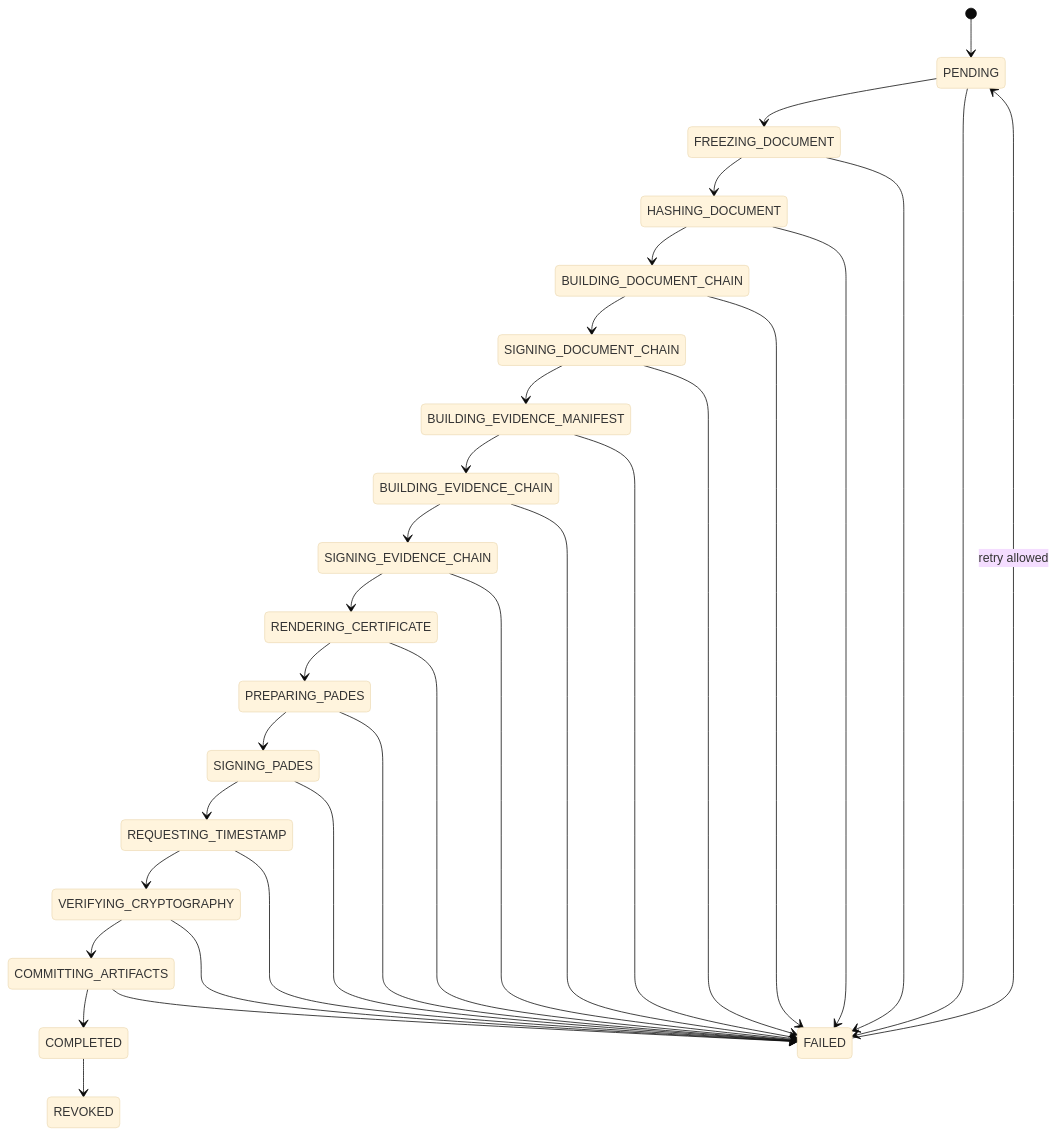
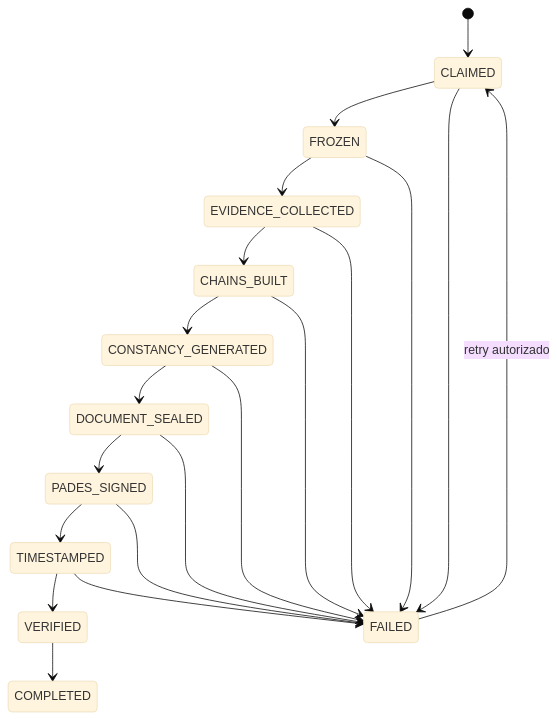
Before and after one commit to docuboxapp-art/docubox: the second of 2 diagrams in docs/crypto/target-architecture.md, drawn with Mermaid (base theme). The commit also changed other lines of this file and 86 other files, not shown here.

````diff
--- a/docs/crypto/target-architecture.md
+++ b/docs/crypto/target-architecture.md
@@ -66,34 +76,22 @@
 ```mermaid
 stateDiagram-v2
-  [*] --> PENDING
-  PENDING --> FREEZING_DOCUMENT
-  FREEZING_DOCUMENT --> HASHING_DOCUMENT
-  HASHING_DOCUMENT --> BUILDING_DOCUMENT_CHAIN
-  BUILDING_DOCUMENT_CHAIN --> SIGNING_DOCUMENT_CHAIN
-  SIGNING_DOCUMENT_CHAIN --> BUILDING_EVIDENCE_MANIFEST
-  BUILDING_EVIDENCE_MANIFEST --> BUILDING_EVIDENCE_CHAIN
-  BUILDING_EVIDENCE_CHAIN --> SIGNING_EVIDENCE_CHAIN
-  SIGNING_EVIDENCE_CHAIN --> RENDERING_CERTIFICATE
-  RENDERING_CERTIFICATE --> PREPARING_PADES
-  PREPARING_PADES --> SIGNING_PADES
-  SIGNING_PADES --> REQUESTING_TIMESTAMP
-  REQUESTING_TIMESTAMP --> VERIFYING_CRYPTOGRAPHY
-  VERIFYING_CRYPTOGRAPHY --> COMMITTING_ARTIFACTS
-  COMMITTING_ARTIFACTS --> COMPLETED
-  COMPLETED --> REVOKED
-  PENDING --> FAILED
-  FREEZING_DOCUMENT --> FAILED
-  HASHING_DOCUMENT --> FAILED
-  BUILDING_DOCUMENT_CHAIN --> FAILED
-  SIGNING_DOCUMENT_CHAIN --> FAILED
-  BUILDING_EVIDENCE_MANIFEST --> FAILED
-  BUILDING_EVIDENCE_CHAIN --> FAILED
-  SIGNING_EVIDENCE_CHAIN --> FAILED
-  RENDERING_CERTIFICATE --> FAILED
-  PREPARING_PADES --> FAILED
-  SIGNING_PADES --> FAILED
-  REQUESTING_TIMESTAMP --> FAILED
-  VERIFYING_CRYPTOGRAPHY --> FAILED
-  COMMITTING_ARTIFACTS --> FAILED
-  FAILED --> PENDING: retry allowed
+  [*] --> CLAIMED
+  CLAIMED --> FROZEN
+  FROZEN --> EVIDENCE_COLLECTED
+  EVIDENCE_COLLECTED --> CHAINS_BUILT
+  CHAINS_BUILT --> CONSTANCY_GENERATED
+  CONSTANCY_GENERATED --> DOCUMENT_SEALED
+  DOCUMENT_SEALED --> PADES_SIGNED
+  PADES_SIGNED --> TIMESTAMPED
+  TIMESTAMPED --> VERIFIED
+  VERIFIED --> COMPLETED
+  CLAIMED --> FAILED
+  FROZEN --> FAILED
+  EVIDENCE_COLLECTED --> FAILED
+  CHAINS_BUILT --> FAILED
+  CONSTANCY_GENERATED --> FAILED
+  DOCUMENT_SEALED --> FAILED
+  PADES_SIGNED --> FAILED
+  TIMESTAMPED --> FAILED
+  FAILED --> CLAIMED: retry autorizado
 ```
````
